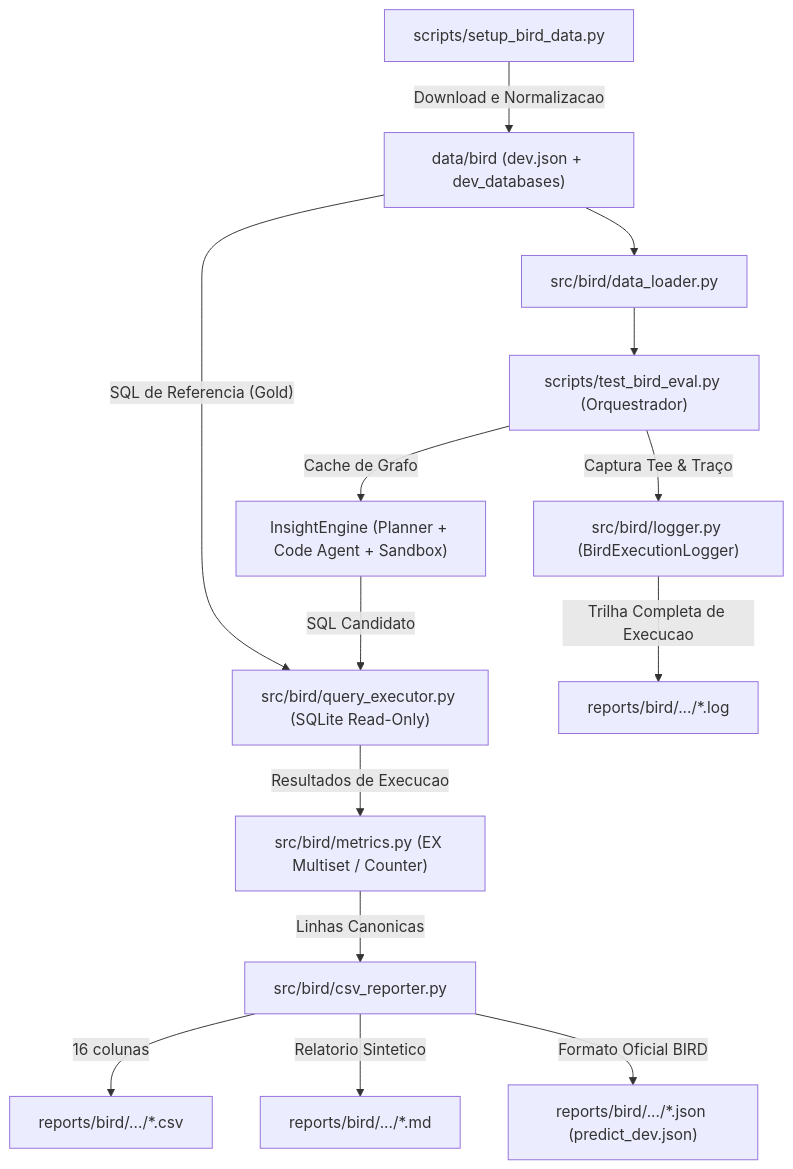
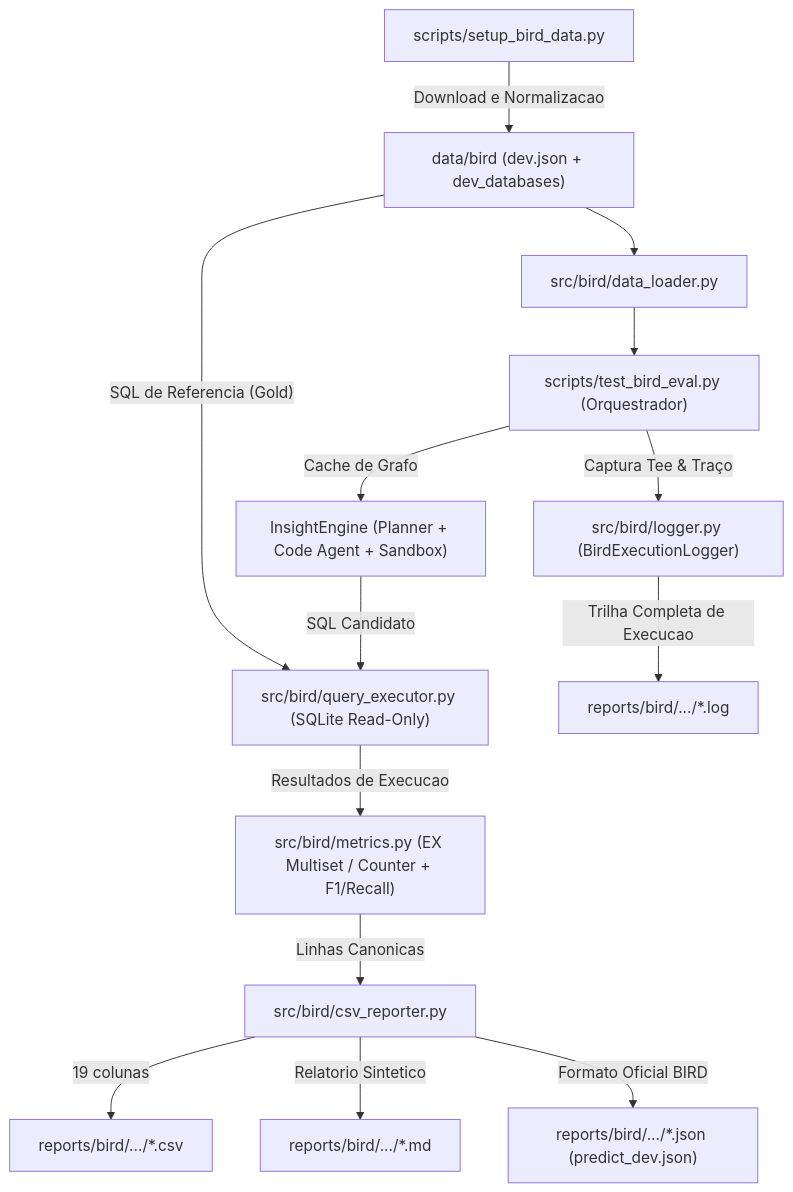
One commit to gruporaia/TextToInsight changed the diagram in src/bird/BENCHMARK.md. Above: the diagram before and after it, drawn with Mermaid. The commit also changed other lines of this file and 6 other files, not shown here.

First line of the commit message:
feat(bird): add column-level precision/recall/f1 metrics, CLI flags, and disable SchemaCrawler by default

````diff
--- a/src/bird/BENCHMARK.md
+++ b/src/bird/BENCHMARK.md
@@ -11,16 +11,16 @@
 ```mermaid
 flowchart TD
     Setup["scripts/setup_bird_data.py"] -->|"Download e Normalizacao"| Data["data/bird (dev.json + dev_databases)"]
     Data --> Loader["src/bird/data_loader.py"]
     Loader --> CLI["scripts/test_bird_eval.py (Orquestrador)"]
     CLI -->|"Cache de Grafo"| Engine["InsightEngine (Planner + Code Agent + Sandbox)"]
     Engine -->|"SQL Candidato"| Executor["src/bird/query_executor.py (SQLite Read-Only)"]
     Data -->|"SQL de Referencia (Gold)"| Executor
-    Executor -->|"Resultados de Execucao"| Metrics["src/bird/metrics.py (EX Multiset / Counter)"]
+    Executor -->|"Resultados de Execucao"| Metrics["src/bird/metrics.py (EX Multiset / Counter + F1/Recall)"]
     Metrics -->|"Linhas Canonicas"| Reporter["src/bird/csv_reporter.py"]
     CLI -->|"Captura Tee & Traço"| Logger["src/bird/logger.py (BirdExecutionLogger)"]
-    Reporter -->|"16 colunas"| CSV["reports/bird/.../*.csv"]
+    Reporter -->|"19 colunas"| CSV["reports/bird/.../*.csv"]
     Reporter -->|"Relatorio Sintetico"| MD["reports/bird/.../*.md"]
     Reporter -->|"Formato Oficial BIRD"| JSON["reports/bird/.../*.json (predict_dev.json)"]
     Logger -->|"Trilha Completa de Execucao"| LOG["reports/bird/.../*.log"]
 ```
````
